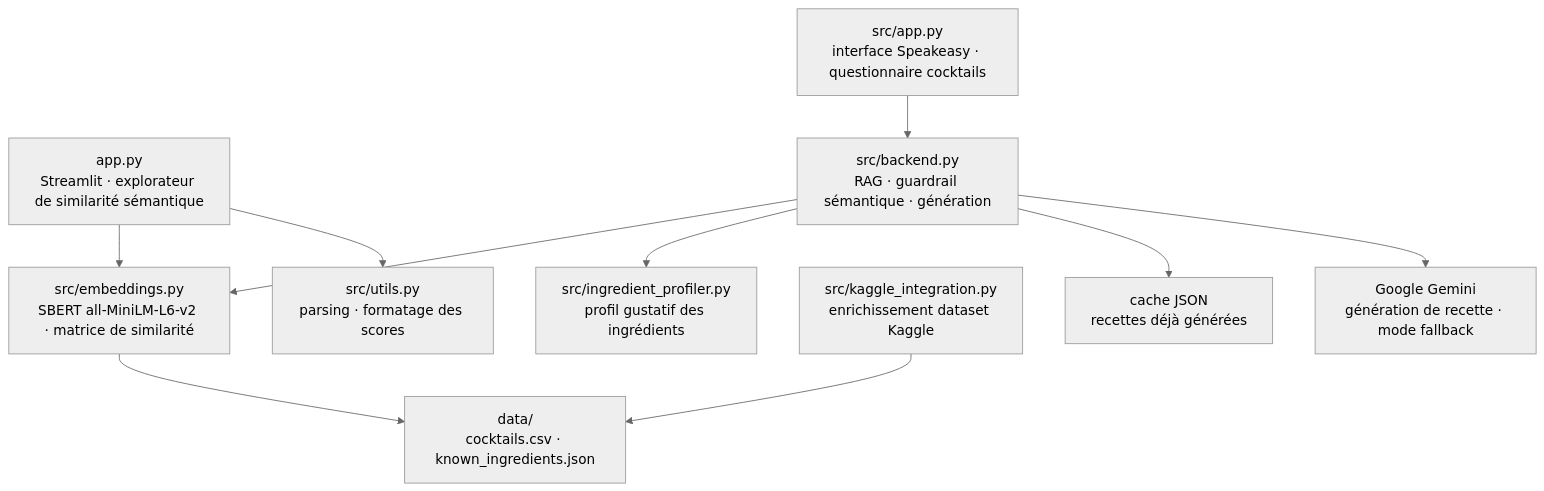
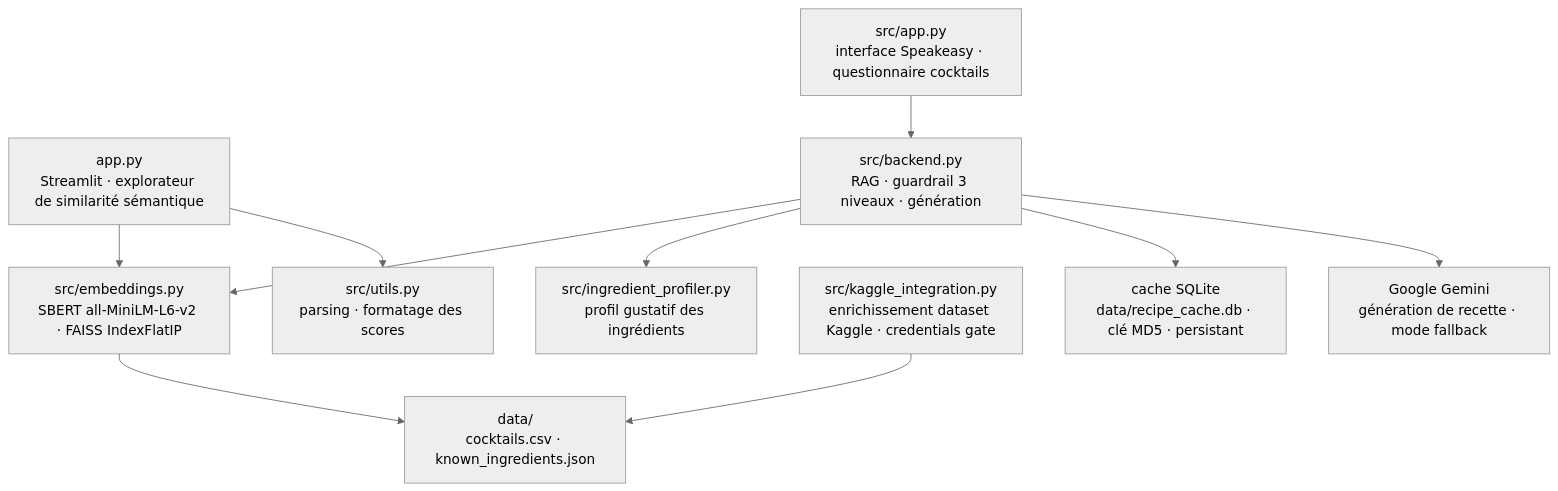
One commit to Adam-Blf/ia-pero changed the diagram in README.md. Above: the diagram before and after it, drawn with Mermaid (neutral theme). The commit also changed other lines of this file and 14 other files, not shown here.

First line of the commit message:
feat: améliorations GenAI · FAISS, cache SQLite, guardrail 2 niveaux, évaluation (#2)

````diff
--- a/README.md
+++ b/README.md
@@ -24,23 +24,23 @@
 ```mermaid
 flowchart TB
     Entry["app.py<br/>Streamlit · explorateur de similarité sémantique"]
     Speak["src/app.py<br/>interface Speakeasy · questionnaire cocktails"]
-    Backend["src/backend.py<br/>RAG · guardrail sémantique · génération"]
-    Embed["src/embeddings.py<br/>SBERT all-MiniLM-L6-v2 · matrice de similarité"]
+    Backend["src/backend.py<br/>RAG · guardrail 3 niveaux · génération"]
+    Embed["src/embeddings.py<br/>SBERT all-MiniLM-L6-v2 · FAISS IndexFlatIP"]
     Profiler["src/ingredient_profiler.py<br/>profil gustatif des ingrédients"]
     Utils["src/utils.py<br/>parsing · formatage des scores"]
-    Kaggle["src/kaggle_integration.py<br/>enrichissement dataset Kaggle"]
+    Kaggle["src/kaggle_integration.py<br/>enrichissement dataset Kaggle · credentials gate"]
     Data["data/<br/>cocktails.csv · known_ingredients.json"]
     Gemini["Google Gemini<br/>génération de recette · mode fallback"]
-    Cache["cache JSON<br/>recettes déjà générées"]
+    Cache["cache SQLite<br/>data/recipe_cache.db · clé MD5 · persistant"]
 
     Entry --> Embed
     Entry --> Utils
     Speak --> Backend
     Backend --> Embed
     Backend --> Profiler
     Backend --> Cache
     Backend --> Gemini
     Embed --> Data
     Kaggle --> Data
 ```
````
